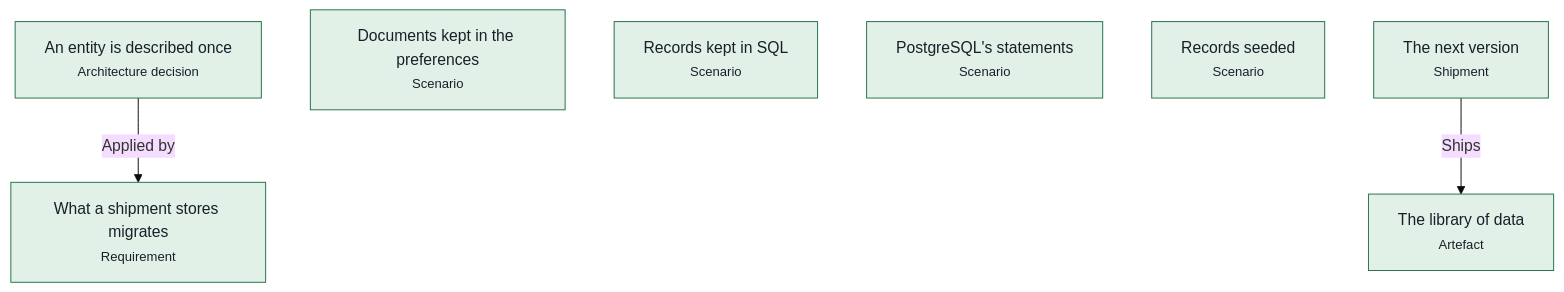
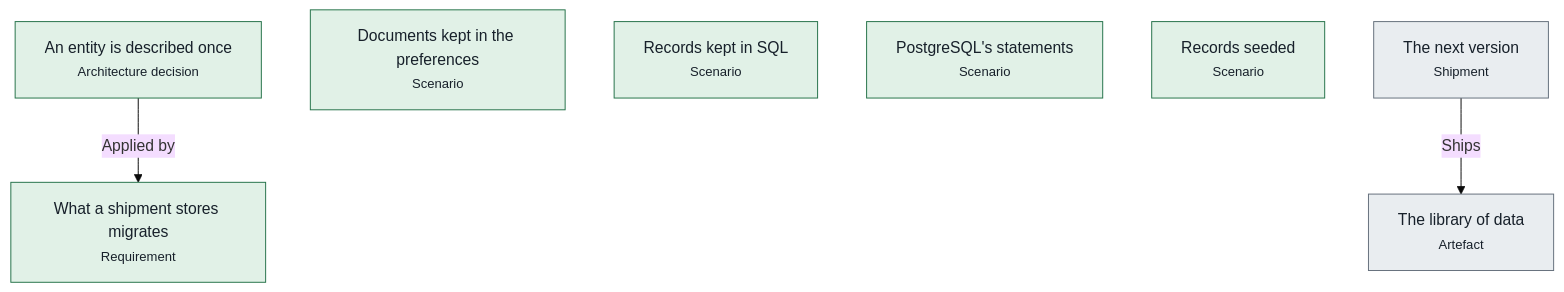
Before and after one commit to advancedcognitivesystems-ai/trame: the first of 2 diagrams in libs/data/docs/pipelines.md, drawn with Mermaid (base theme). The commit also changed other lines of this file and 118 other files, not shown here.

````diff
--- a/libs/data/docs/pipelines.md
+++ b/libs/data/docs/pipelines.md
@@ -15,18 +15,18 @@
 ```mermaid
 flowchart TB
-  n0["The library of data<br/><small>Artefact</small>"]:::held
+  n0["The library of data<br/><small>Artefact</small>"]:::unknown
   n1["An entity is described once<br/><small>Architecture decision</small>"]:::held
   n2["Documents kept in the preferences<br/><small>Scenario</small>"]:::held
   n3["Records kept in SQL<br/><small>Scenario</small>"]:::held
   n4["PostgreSQL's statements<br/><small>Scenario</small>"]:::held
   n5["Records seeded<br/><small>Scenario</small>"]:::held
   n6["What a shipment stores migrates<br/><small>Requirement</small>"]:::held
-  n7["The next version<br/><small>Shipment</small>"]:::held
+  n7["The next version<br/><small>Shipment</small>"]:::unknown
   n1 -->|Applied by| n6
   n7 -->|Ships| n0
   classDef held fill:#e1f1e7,stroke:#26734a,color:#17202a
   classDef blocked fill:#fbf0d9,stroke:#9a6200,color:#17202a
   classDef violated fill:#f9e3e1,stroke:#ad2a22,color:#17202a
   classDef unknown fill:#e9edf0,stroke:#65707c,color:#17202a
   classDef neutral fill:#ffffff,stroke:#5a6672,color:#17202a
 ```
````
